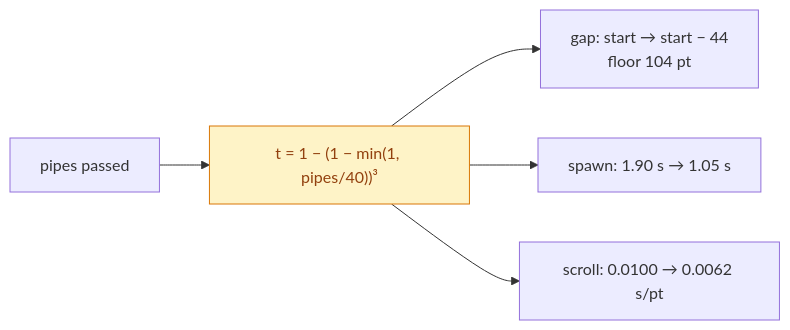
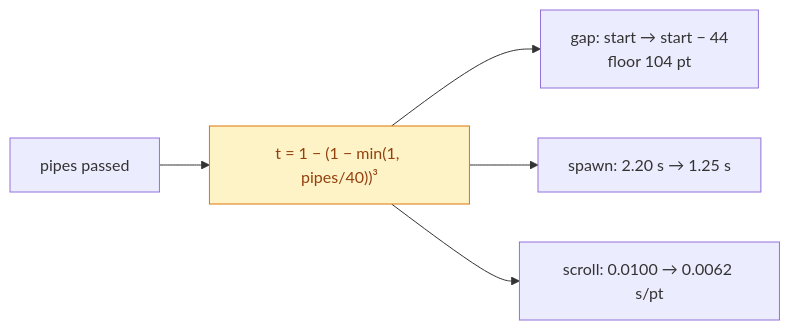
Before and after one commit to hoangsonww/Flappy-Bird-Game: the third of 4 diagrams in docs/ARCHITECTURE.md, drawn with Mermaid. The commit also changed 5 other files, not shown here.

````diff
--- a/docs/ARCHITECTURE.md
+++ b/docs/ARCHITECTURE.md
@@ -112,9 +112,9 @@
 ```mermaid
 flowchart LR
     P["pipes passed"] --> T["t = 1 − (1 − min(1, pipes/40))³"]
     T --> G["gap: start → start − 44<br/>floor 104 pt"]
-    T --> S["spawn: 1.90 s → 1.05 s"]
+    T --> S["spawn: 2.20 s → 1.25 s"]
     T --> R["scroll: 0.0100 → 0.0062 s/pt"]
 
     style T fill:#fef3c7,stroke:#d97706,color:#92400e
 ```
````
